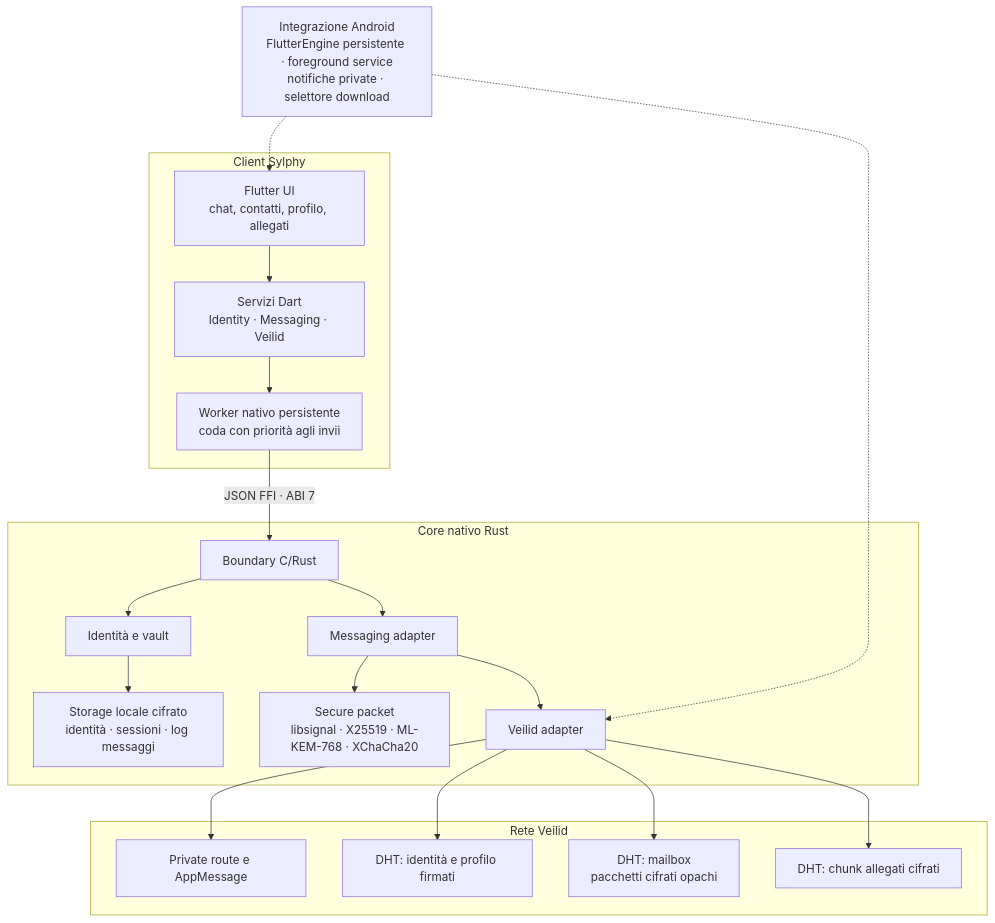
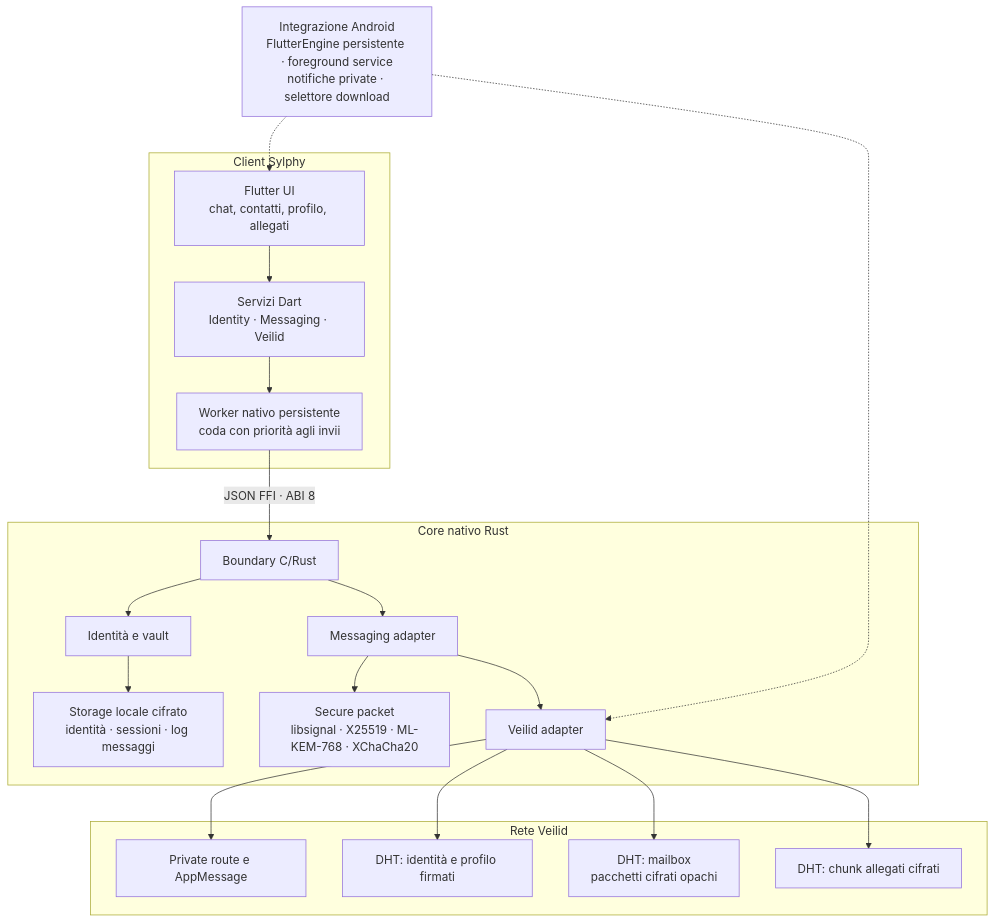
The diagram in README.md (ImHisako/Sylphy), drawn with Mermaid before and after one commit. The commit also changed other lines of this file and 19 other files, not shown here.

````diff
--- a/README.md
+++ b/README.md
@@ -94,30 +98,30 @@
 ```mermaid
 flowchart TB
     subgraph Client["Client Sylphy"]
         UI["Flutter UI\nchat, contatti, profilo, allegati"]
         DS["Servizi Dart\nIdentity · Messaging · Veilid"]
         BG["Worker nativo persistente\ncoda con priorità agli invii"]
         UI --> DS --> BG
     end
 
-    BG -->|"JSON FFI · ABI 7"| FFI["Boundary C/Rust"]
+    BG -->|"JSON FFI · ABI 8"| FFI["Boundary C/Rust"]
 
     subgraph Core["Core nativo Rust"]
         FFI --> ID["Identità e vault"]
         FFI --> MSG["Messaging adapter"]
         MSG --> CRYPTO["Secure packet\nlibsignal · X25519 · ML-KEM-768 · XChaCha20"]
         MSG --> VA["Veilid adapter"]
         ID --> LOCAL["Storage locale cifrato\nidentità · sessioni · log messaggi"]
     end
 
     subgraph Network["Rete Veilid"]
         VA --> ROUTE["Private route e AppMessage"]
         VA --> DHTID["DHT: identità e profilo firmati"]
         VA --> MAIL["DHT: mailbox\npacchetti cifrati opachi"]
         VA --> FILES["DHT: chunk allegati cifrati"]
     end
 
     ANDROID["Integrazione Android\nFlutterEngine persistente · foreground service\nnotifiche private · selettore download"]
     ANDROID -.-> UI
     ANDROID -.-> VA
 ```
````
